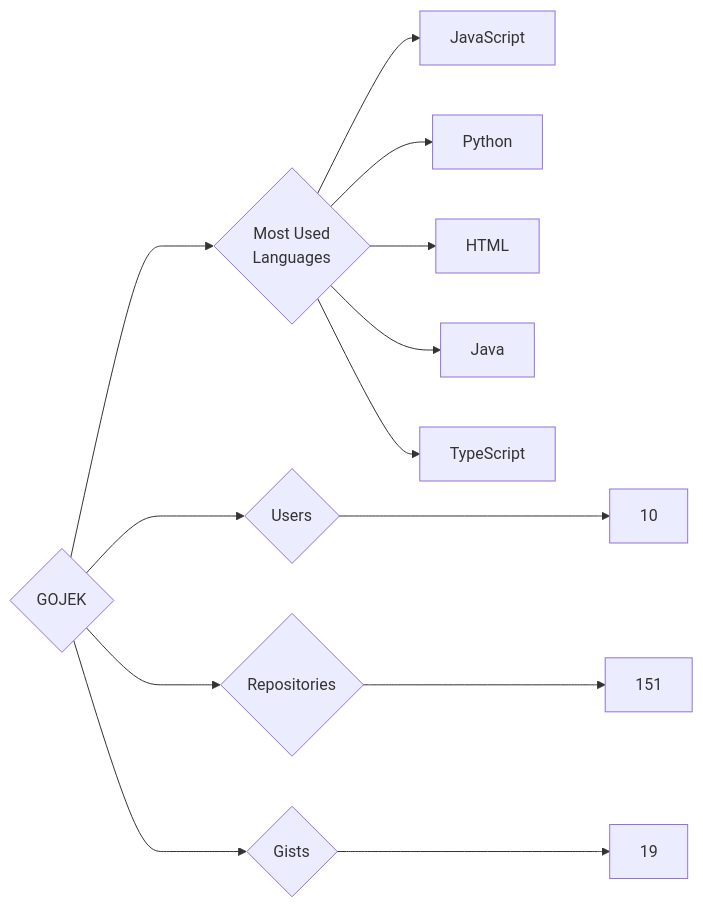
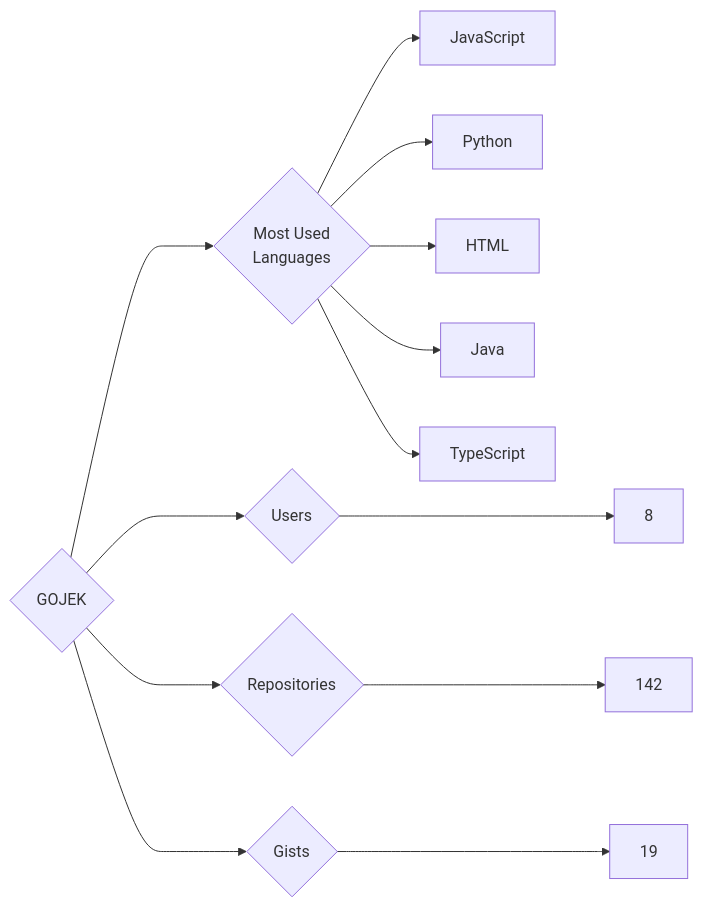
One commit to trickest/insiders changed the diagram in targets/GOJEK/README.md. Above: the diagram before and after it, drawn with Mermaid. The commit also changed 997 other files, not shown here.

````diff
--- a/targets/GOJEK/README.md
+++ b/targets/GOJEK/README.md
@@ -3,13 +3,13 @@
 ```mermaid
 graph LR
 COMPANY_NAME{GOJEK}
-COMPANY_NAME ---> U{Users} ---> UN[10]
-COMPANY_NAME ---> R{Repositories} ---> RN[151]
+COMPANY_NAME ---> U{Users} ---> UN[8]
+COMPANY_NAME ---> R{Repositories} ---> RN[142]
 COMPANY_NAME ---> G{Gists} ---> GN[19]
 COMPANY_NAME ---> ML{Most Used<br>Languages}
 ML --> JavaScript[JavaScript]
 ML --> Python[Python]
 ML --> HTML[HTML]
 ML --> Java[Java]
 ML --> TypeScript[TypeScript]
 ```
````
